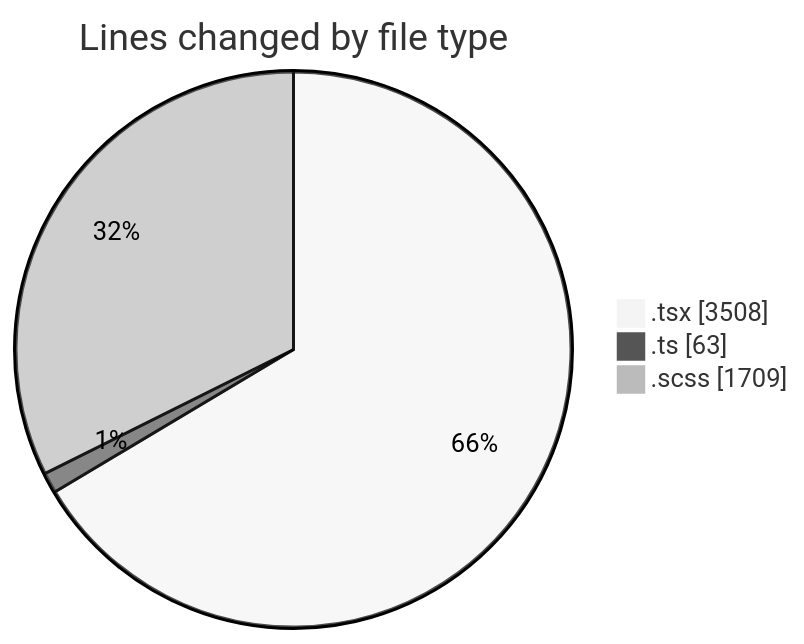
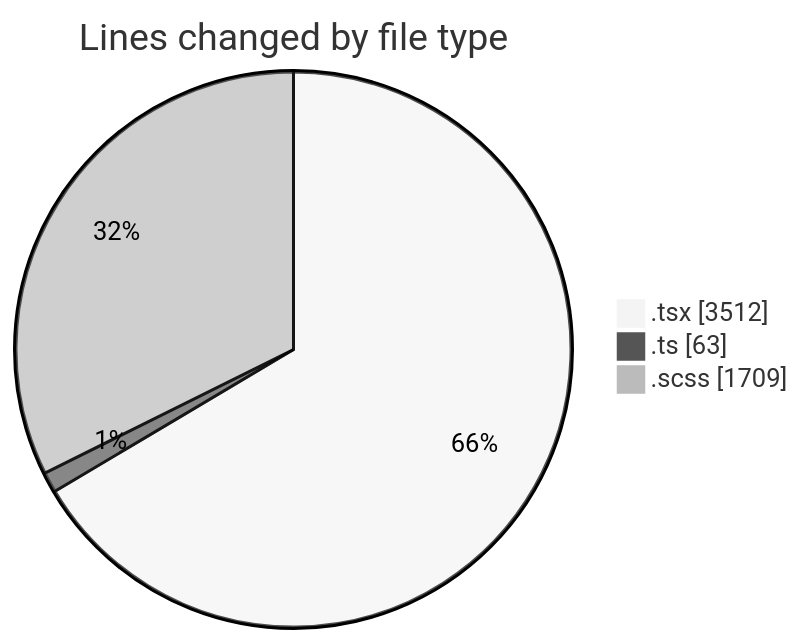
Before and after one commit to momahboobian/code-tracking: the first of 2 diagrams in 2025-04-02/cda/README.md, drawn with Mermaid (neutral theme). The commit also changed other lines of this file and 1 other file, not shown here.

````diff
--- a/2025-04-02/cda/README.md
+++ b/2025-04-02/cda/README.md
@@ -30,7 +30,7 @@
 ```mermaid
 pie showData
 title Lines changed by file type
-".tsx" : 3508
+".tsx" : 3512
 ".ts" : 63
 ".scss" : 1709
 ```
````
